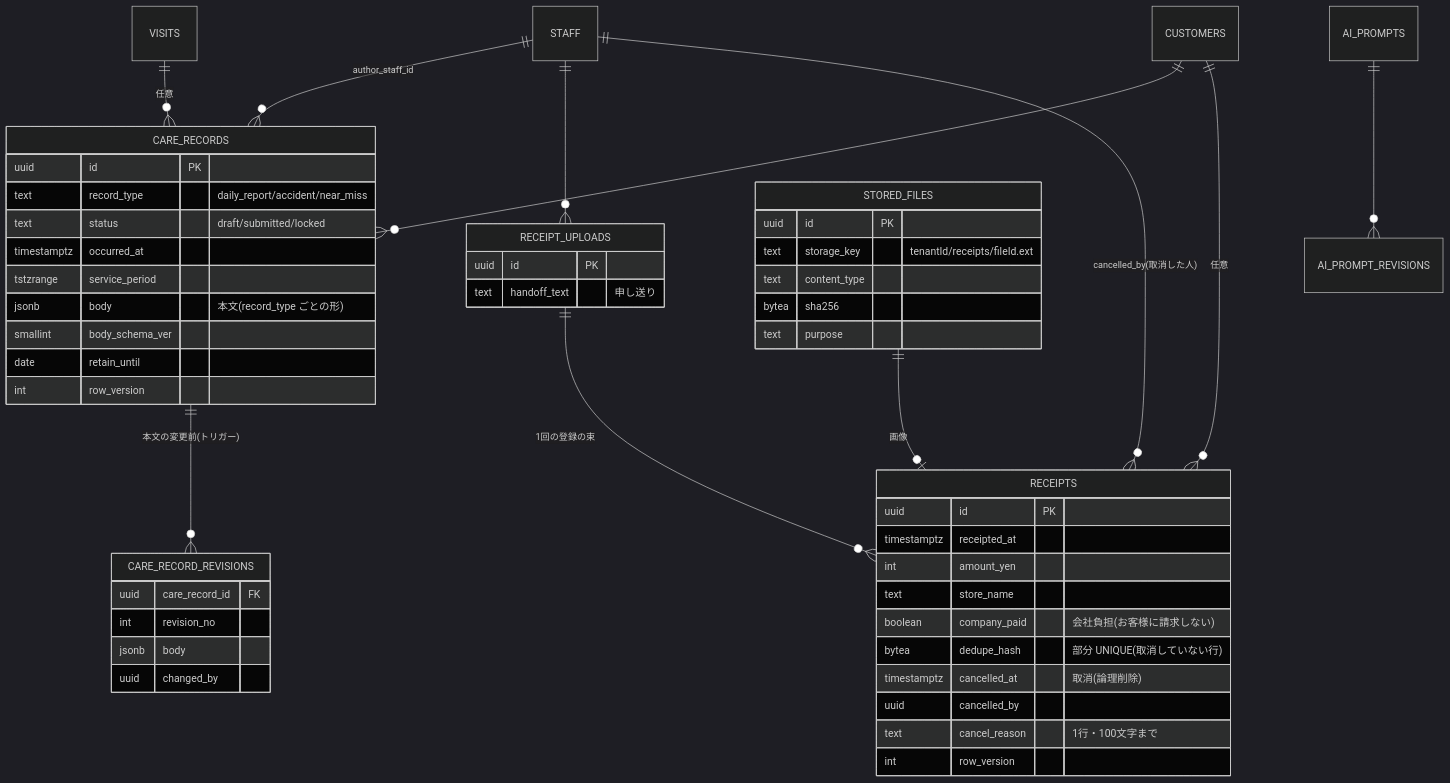
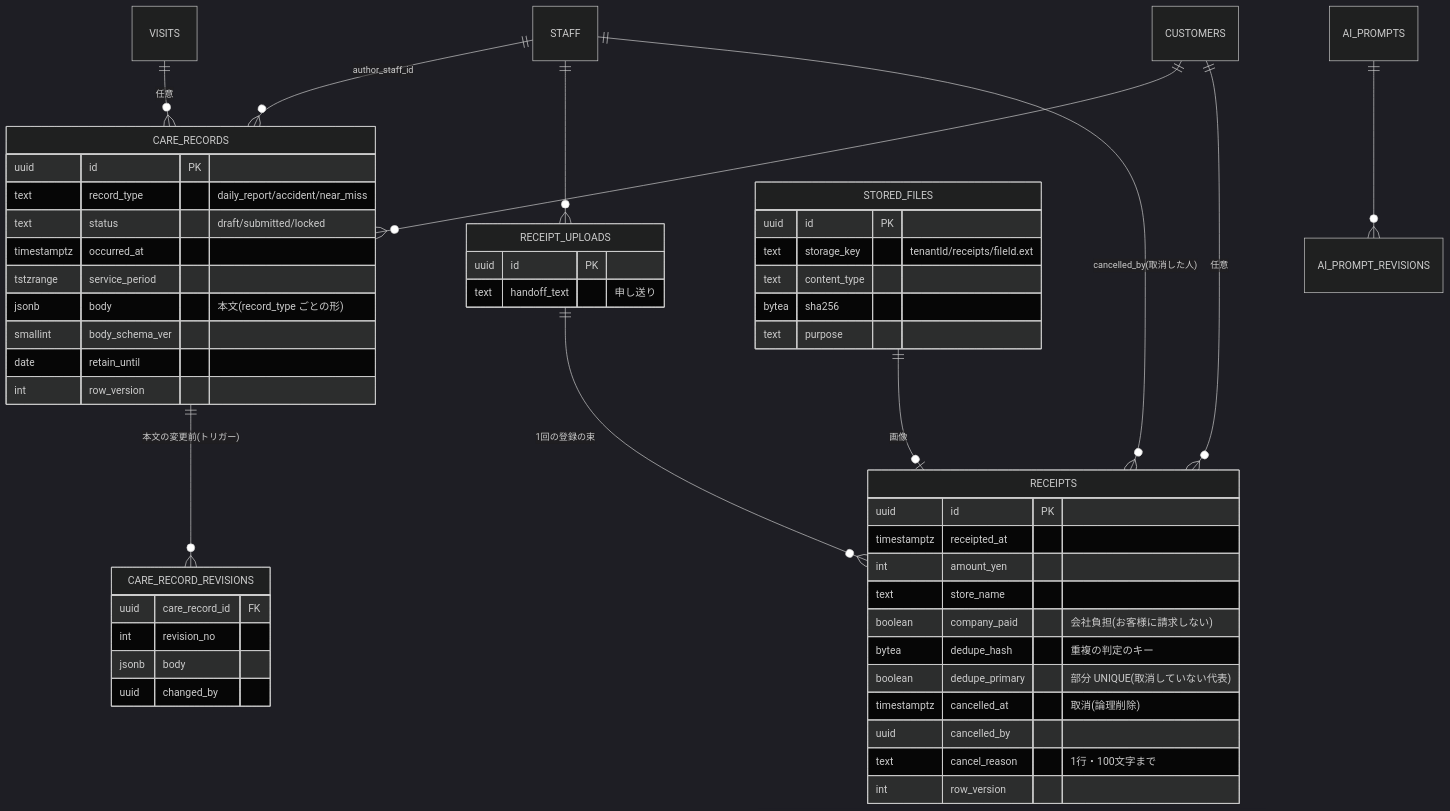
One commit to katahimo-dev/katahimo-app changed the fourth of 5 diagrams in doc/03_データベース設計.md. Above: the diagram before and after it, drawn with Mermaid (dark theme). The commit also changed other lines of this file and 32 other files, not shown here.

````diff
--- a/doc/03_データベース設計.md
+++ b/doc/03_データベース設計.md
@@ -254,54 +254,55 @@
 ```mermaid
 erDiagram
     CUSTOMERS ||--o{ CARE_RECORDS : ""
     STAFF ||--o{ CARE_RECORDS : "author_staff_id"
     VISITS ||--o{ CARE_RECORDS : "任意"
     CARE_RECORDS ||--o{ CARE_RECORD_REVISIONS : "本文の変更前(トリガー)"
     STAFF ||--o{ RECEIPT_UPLOADS : ""
     RECEIPT_UPLOADS ||--o{ RECEIPTS : "1回の登録の束"
     STAFF ||--o{ RECEIPTS : "cancelled_by(取消した人)"
     STORED_FILES ||--o| RECEIPTS : "画像"
     CUSTOMERS ||--o{ RECEIPTS : "任意"
     AI_PROMPTS ||--o{ AI_PROMPT_REVISIONS : ""
 
     CARE_RECORDS {
         uuid id PK
         text record_type "daily_report/accident/near_miss"
         text status "draft/submitted/locked"
         timestamptz occurred_at
         tstzrange service_period
         jsonb body "本文(record_type ごとの形)"
         smallint body_schema_ver
         date retain_until
         int row_version
     }
     CARE_RECORD_REVISIONS {
         uuid care_record_id FK
         int revision_no
         jsonb body
         uuid changed_by
     }
     RECEIPT_UPLOADS {
         uuid id PK
         text handoff_text "申し送り"
     }
     RECEIPTS {
         uuid id PK
         timestamptz receipted_at
         int amount_yen
         text store_name
         boolean company_paid "会社負担(お客様に請求しない)"
-        bytea dedupe_hash "部分 UNIQUE(取消していない行)"
+        bytea dedupe_hash "重複の判定のキー"
+        boolean dedupe_primary "部分 UNIQUE(取消していない代表)"
         timestamptz cancelled_at "取消(論理削除)"
         uuid cancelled_by
         text cancel_reason "1行・100文字まで"
         int row_version
     }
     STORED_FILES {
         uuid id PK
         text storage_key "tenantId/receipts/fileId.ext"
         text content_type
         bytea sha256
         text purpose
     }
 ```
````
